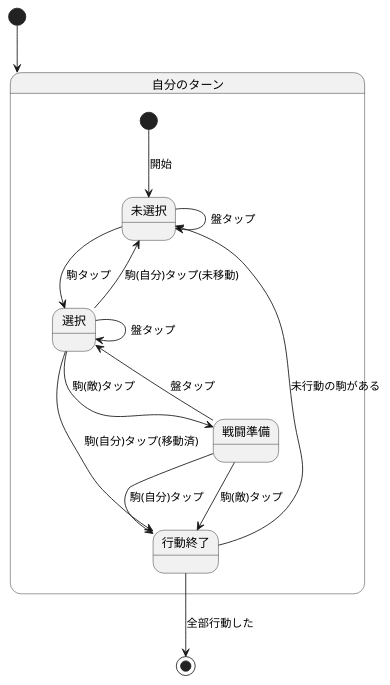
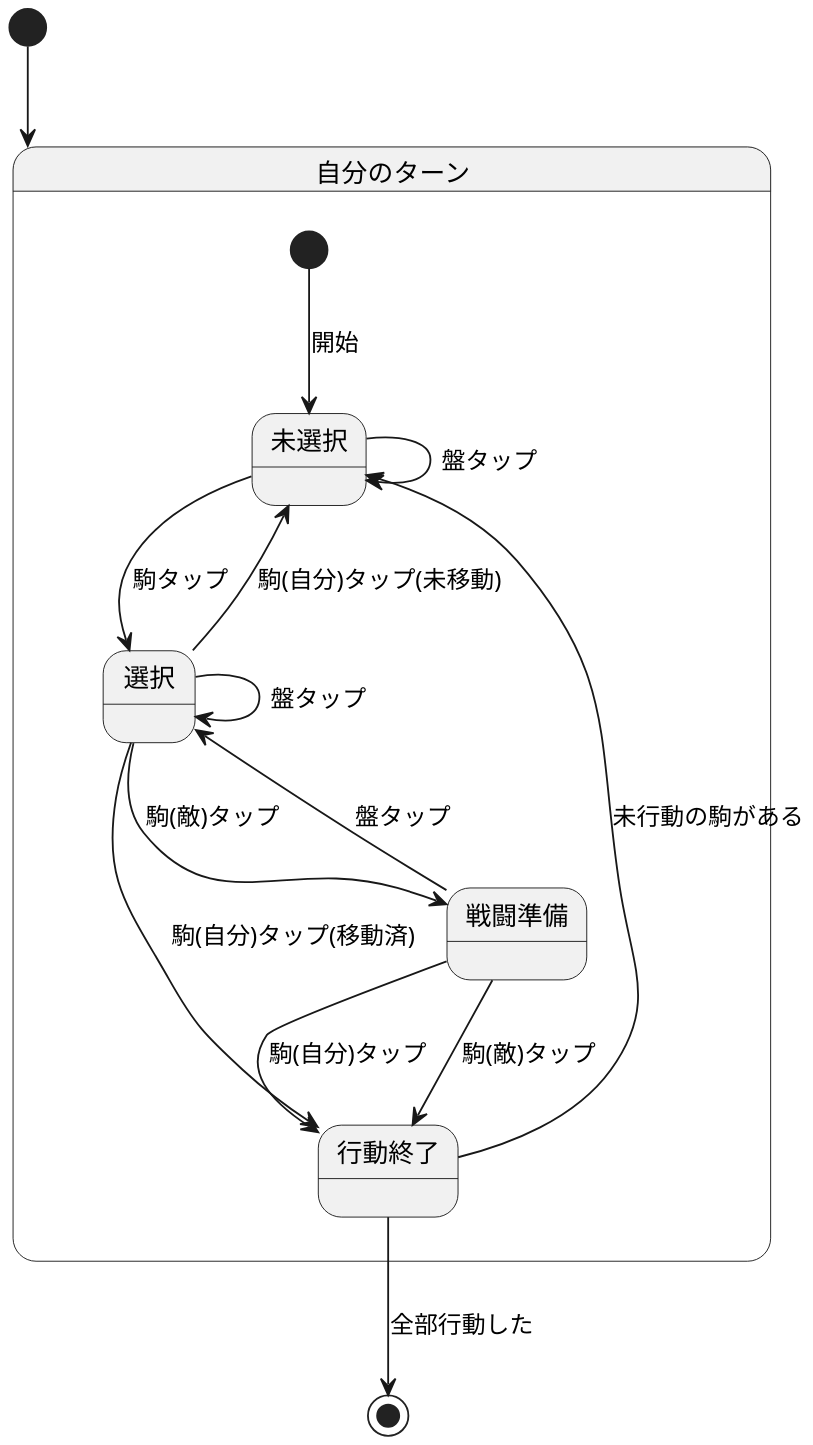
The diagram in fehsbattlemodel/uml/state.puml (turanukimaru/fehs), drawn with PlantUML before and after one commit. The commit also changed 16 other files, not shown here.

```diff
--- a/fehsbattlemodel/uml/state.puml
+++ b/fehsbattlemodel/uml/state.puml
@@ -1,19 +1,20 @@
 @startuml
+scale 960 width
 [*] --> 自分のターン
 
 state 自分のターン {
   [*] --> 未選択 : 開始
   未選択 --> 未選択 : 盤タップ
   未選択 --> 選択 : 駒タップ
   選択 --> 選択 : 盤タップ
   選択 --> 未選択: 駒(自分)タップ(未移動)
   選択 --> 行動終了: 駒(自分)タップ(移動済)
   選択 --> 戦闘準備: 駒(敵)タップ
   戦闘準備 --> 選択 : 盤タップ
   戦闘準備 --> 行動終了: 駒(自分)タップ
   戦闘準備 --> 行動終了: 駒(敵)タップ
 行動終了 --> 未選択 : 未行動の駒がある
 }
 行動終了 --> [*] : 全部行動した
 
 @enduml
```
